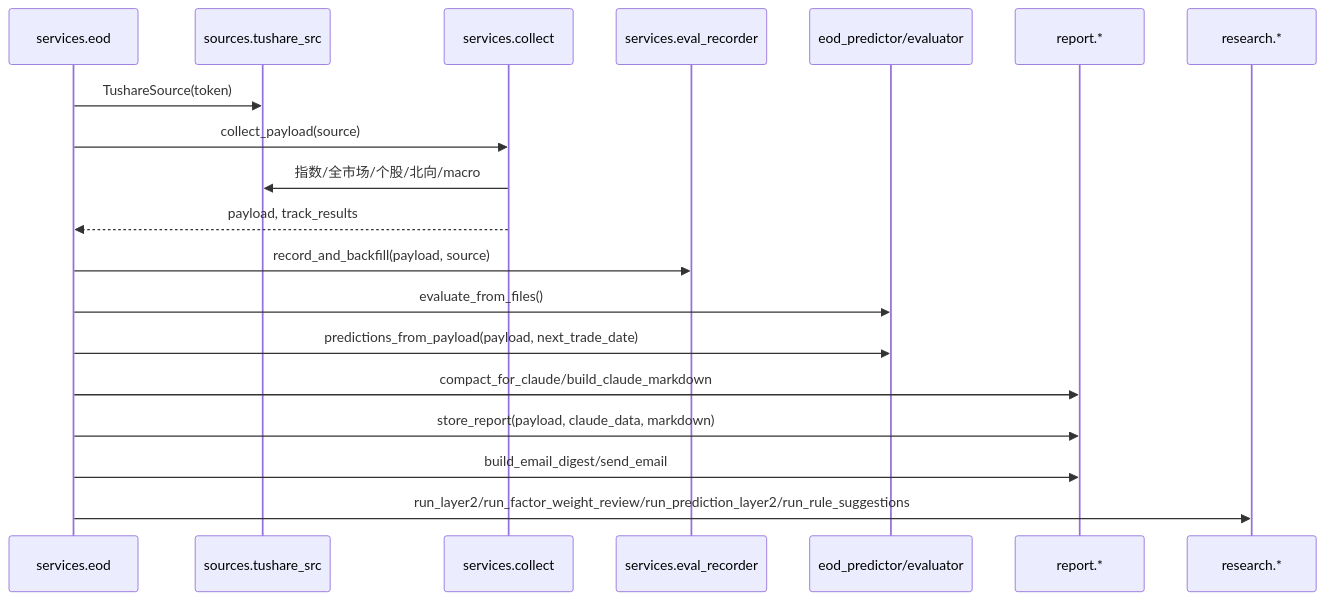
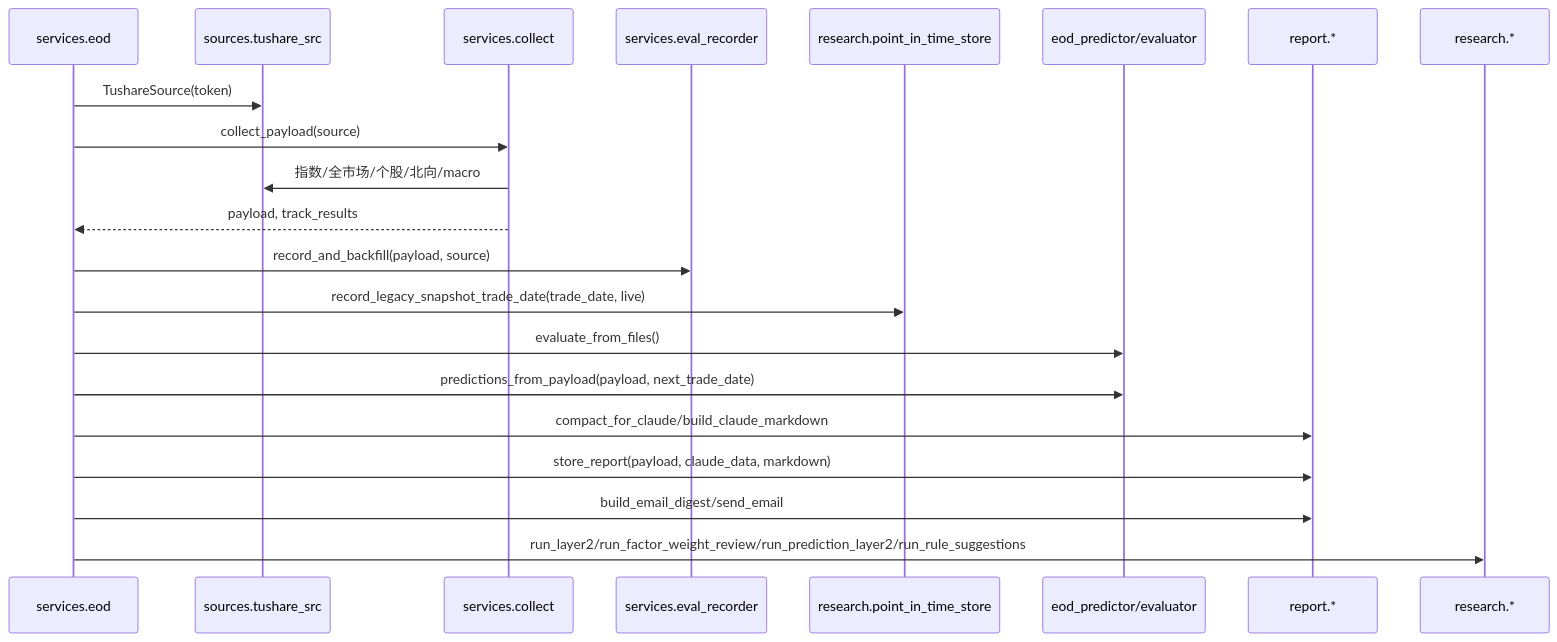
The second of 3 diagrams in docs/CODE_ARCHITECTURE.md (vaxjaz/vax-stock-public), drawn with Mermaid before and after one commit. The commit also changed other lines of this file and 11 other files, not shown here.

Commit message:
feat(research): add point-in-time replay store

````diff
--- a/docs/CODE_ARCHITECTURE.md
+++ b/docs/CODE_ARCHITECTURE.md
@@ -72,22 +72,24 @@
 ```mermaid
 sequenceDiagram
   participant EOD as services.eod
   participant TS as sources.tushare_src
   participant Collect as services.collect
   participant Eval as services.eval_recorder
+  participant PIT as research.point_in_time_store
   participant Pred as eod_predictor/evaluator
   participant Report as report.*
   participant Research as research.*
 
   EOD->>TS: TushareSource(token)
   EOD->>Collect: collect_payload(source)
   Collect->>TS: 指数/全市场/个股/北向/macro
   Collect-->>EOD: payload, track_results
   EOD->>Eval: record_and_backfill(payload, source)
+  EOD->>PIT: record_legacy_snapshot_trade_date(trade_date, live)
   EOD->>Pred: evaluate_from_files()
   EOD->>Pred: predictions_from_payload(payload, next_trade_date)
   EOD->>Report: compact_for_claude/build_claude_markdown
   EOD->>Report: store_report(payload, claude_data, markdown)
   EOD->>Report: build_email_digest/send_email
   EOD->>Research: run_layer2/run_factor_weight_review/run_prediction_layer2/run_rule_suggestions
 ```
````
